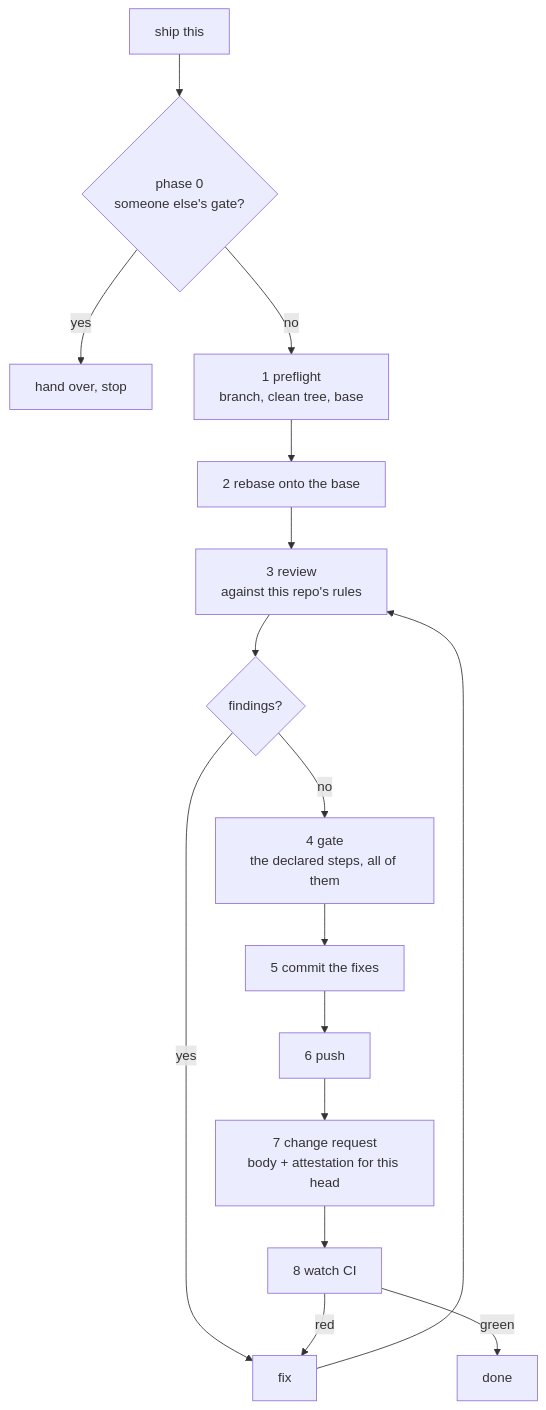
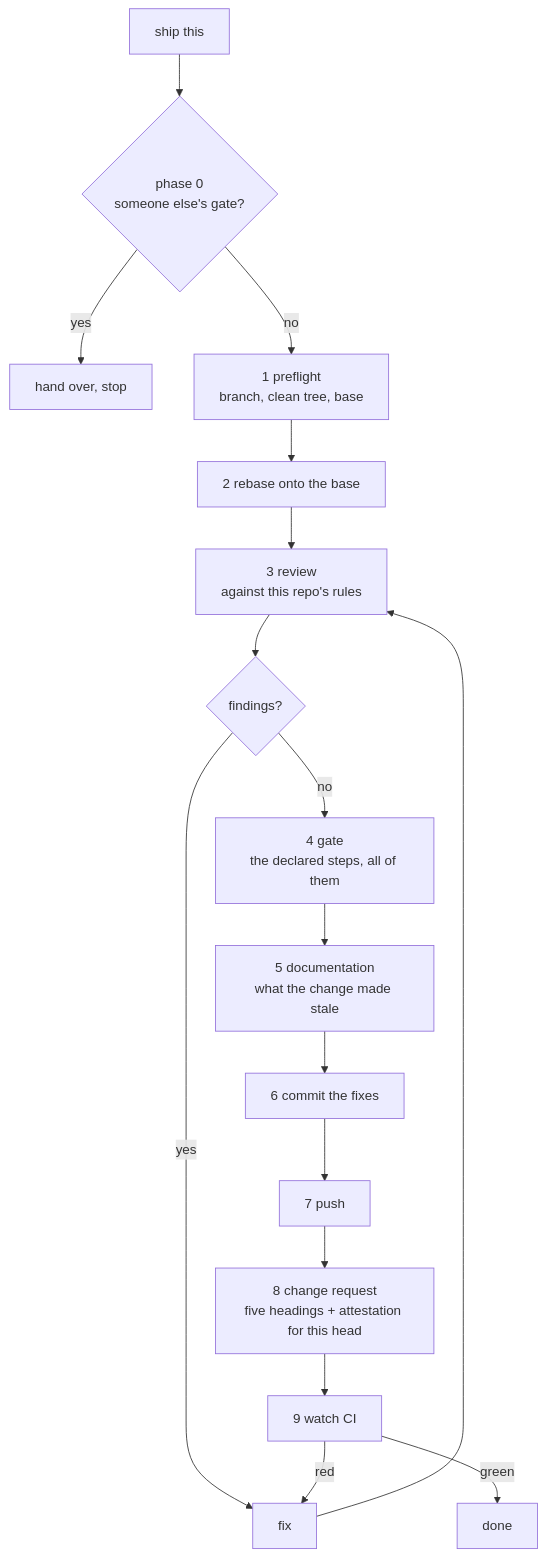
One commit to Thurbeen/publish changed the diagram in README.md. Above: the diagram before and after it, drawn with Mermaid. The commit also changed other lines of this file and 12 other files, not shown here.

First line of the commit message:
feat: five-heading change request body, a documentation phase and gate step instructions (#2)

````diff
--- a/README.md
+++ b/README.md
@@ -40,17 +41,18 @@
 ```mermaid
 flowchart TD
     A["ship this"] --> B{"phase 0<br/>someone else's gate?"}
     B -->|yes| Z["hand over, stop"]
     B -->|no| C["1 preflight<br/>branch, clean tree, base"]
     C --> D["2 rebase onto the base"]
     D --> E["3 review<br/>against this repo's rules"]
     E --> F{"findings?"}
     F -->|yes| G["fix"] --> E
     F -->|no| H["4 gate<br/>the declared steps, all of them"]
-    H --> I["5 commit the fixes"]
-    I --> J["6 push"]
-    J --> K["7 change request<br/>body + attestation for this head"]
-    K --> L["8 watch CI"]
+    H --> D5["5 documentation<br/>what the change made stale"]
+    D5 --> I["6 commit the fixes"]
+    I --> J["7 push"]
+    J --> K["8 change request<br/>five headings + attestation for this head"]
+    K --> L["9 watch CI"]
     L -->|red| G
     L -->|green| M["done"]
 ```
````
